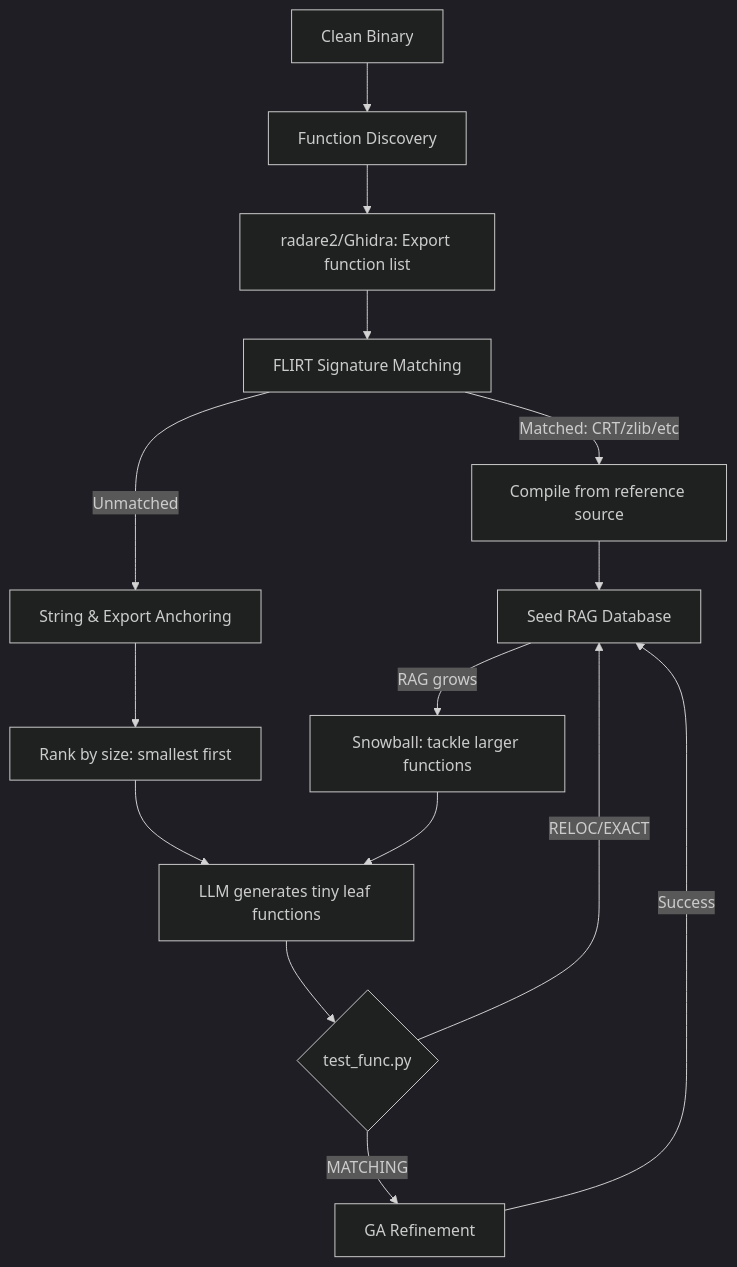
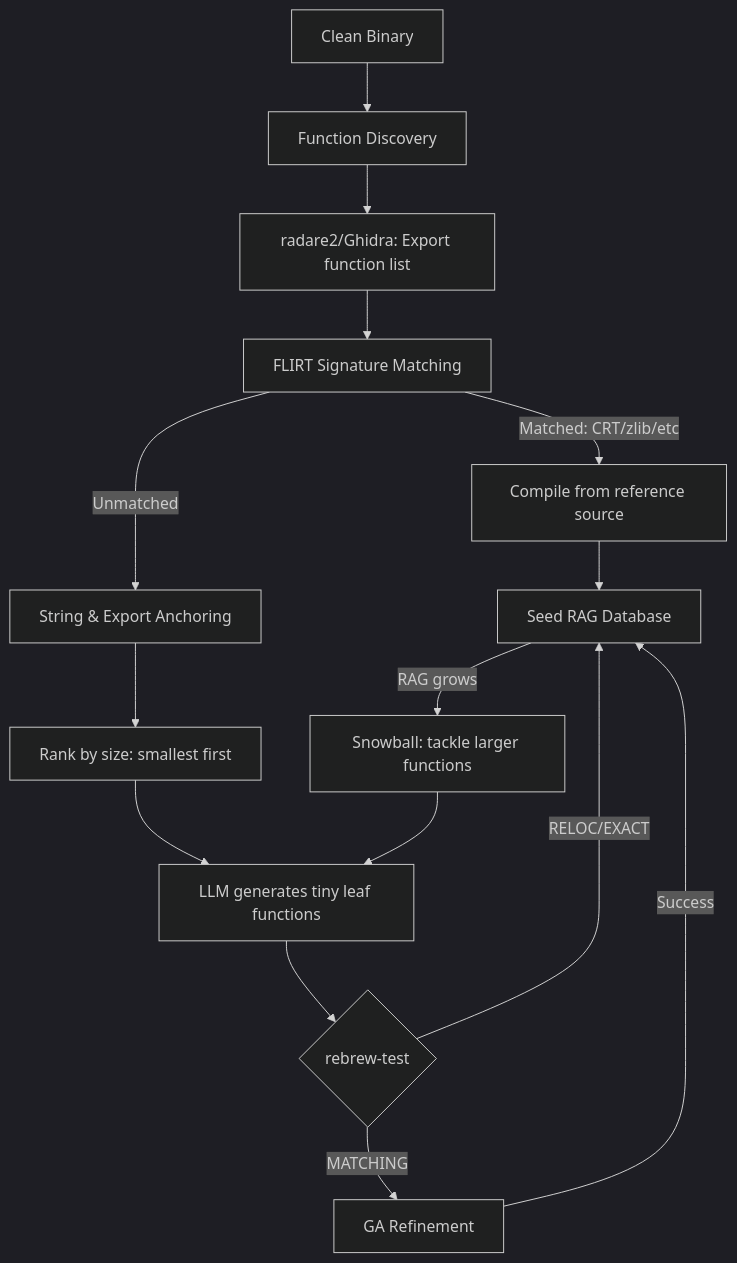
The fifth of 6 diagrams in docs/AI_RAG_PRD.md (maci0/rebrew), drawn with Mermaid (dark theme) before and after one commit. The commit also changed other lines of this file and 77 other files, not shown here.

````diff
--- a/docs/AI_RAG_PRD.md
+++ b/docs/AI_RAG_PRD.md
@@ -461,22 +461,22 @@
 ```mermaid
 graph TD
     A[Clean Binary] --> B[Function Discovery]
     B --> C["radare2/Ghidra: Export function list"]
     C --> D[FLIRT Signature Matching]
     
     D -->|Matched: CRT/zlib/etc| E[Compile from reference source]
     E --> F[Seed RAG Database]
     
     D -->|Unmatched| G[String & Export Anchoring]
     G --> H[Rank by size: smallest first]
     
     H --> I[LLM generates tiny leaf functions]
-    I --> J{test_func.py}
+    I --> J{rebrew-test}
     
     J -->|RELOC/EXACT| F
     J -->|MATCHING| K[GA Refinement]
     K -->|Success| F
     
     F -->|RAG grows| L["Snowball: tackle larger functions"]
     L --> I
 ```
````
